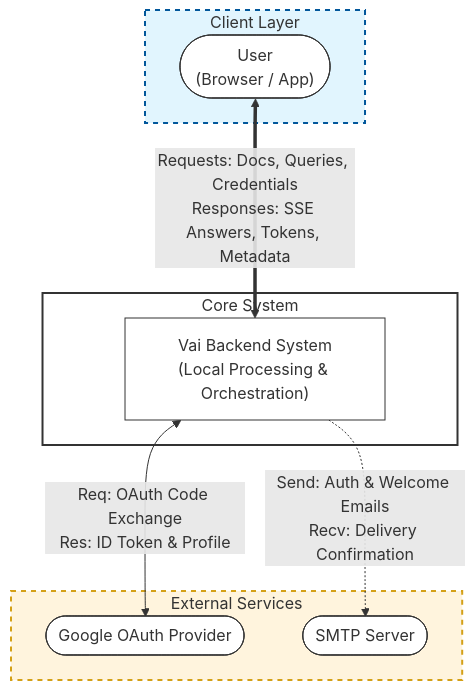
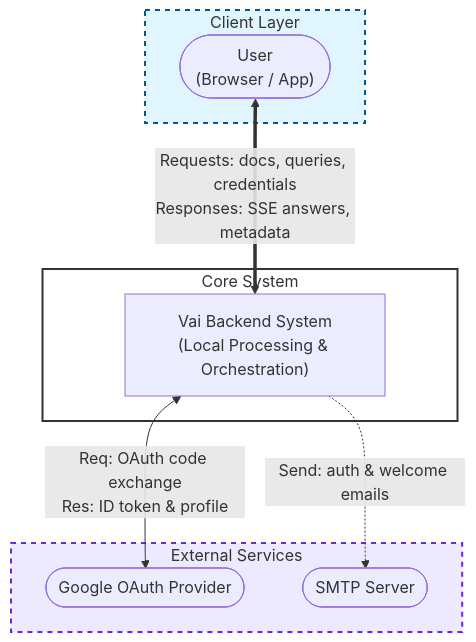
One commit to ABDELRAHMAN-ELRAYES/Vai changed the first of 5 diagrams in docs/diagrams/DFD.md. Above: the diagram before and after it, drawn with Mermaid. The commit also changed other lines of this file and 14 other files, not shown here.

````diff
--- a/docs/diagrams/DFD.md
+++ b/docs/diagrams/DFD.md
@@ -14,32 +14,23 @@
 ```mermaid
 flowchart TD
-    %% Architecture Boundaries
     subgraph Clients [Client Layer]
         User(["User\n(Browser / App)"])
     end
 
     subgraph Core [Core System]
         Vai["Vai Backend System\n(Local Processing & Orchestration)"]
     end
 
     subgraph External [External Services]
         Google(["Google OAuth Provider"])
         SMTP(["SMTP Server"])
     end
 
-    %% --- DATA & CONTROL FLOW ---
+    User <==>|"Requests: docs, queries, credentials\nResponses: SSE answers, metadata"| Vai
+    Vai <-->|"Req: OAuth code exchange\nRes: ID token & profile"| Google
+    Vai -.->|"Send: auth & welcome emails"| SMTP
 
-    %% Client Interactions
-    User <==>|"Requests: Docs, Queries, Credentials\nResponses: SSE Answers, Tokens, Metadata"| Vai
-
-    %% External API Interactions
-    Vai <-->|"Req: OAuth Code Exchange\nRes: ID Token & Profile"| Google
-    Vai -.->|"Send: Auth & Welcome Emails\nRecv: Delivery Confirmation"| SMTP
-
-    %% --- THE SIGNATURE PALETTE ---
     style Core fill:#ffffff,stroke:#333,stroke-width:2px
     style Clients fill:#e1f5fe,stroke:#01579b,stroke-width:2px,stroke-dasharray: 5 5
-    style External fill:#fff4dd,stroke:#d4a017,stroke-width:2px,stroke-dasharray: 5 5
-
-    classDef default fill:#ffffff,stroke:#333,stroke-width:1px
+    style External fill:#ede9fe,stroke:#6d28d9,stroke-width:2px,stroke-dasharray: 5 5
 ```
````
